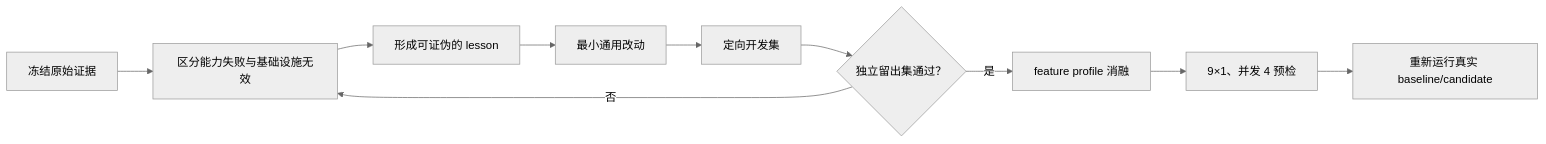
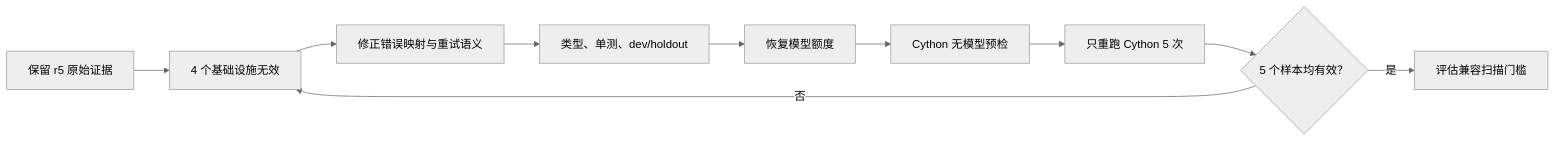
The diagram in benchmark/benchmark_2_terminal_bench_2_1/POSTMORTEM_2026-07-24.md (ReadNULL/Bumblebee), drawn with Mermaid (neutral theme) before and after one commit. The commit also changed other lines of this file and 8 other files, not shown here.

````diff
--- a/benchmark/benchmark_2_terminal_bench_2_1/POSTMORTEM_2026-07-24.md
+++ b/benchmark/benchmark_2_terminal_bench_2_1/POSTMORTEM_2026-07-24.md
@@ -274,12 +291,12 @@
 ```mermaid
 flowchart LR
-  Evidence["冻结原始证据"] --> Classify["区分能力失败与基础设施无效"]
-  Classify --> Lesson["形成可证伪的 lesson"]
-  Lesson --> Change["最小通用改动"]
-  Change --> Dev["定向开发集"]
-  Dev --> Holdout{"独立留出集通过？"}
-  Holdout -- 否 --> Classify
-  Holdout -- 是 --> Ablation["feature profile 消融"]
-  Ablation --> Preflight["9×1、并发 4 预检"]
-  Preflight --> RealRun["重新运行真实 baseline/candidate"]
+  Evidence["保留 r5 原始证据"] --> Classify["4 个基础设施无效"]
+  Classify --> Fix["修正错误映射与重试语义"]
+  Fix --> Regression["类型、单测、dev/holdout"]
+  Regression --> Balance["恢复模型额度"]
+  Balance --> Preflight["Cython 无模型预检"]
+  Preflight --> Rerun["只重跑 Cython 5 次"]
+  Rerun --> Decision{"5 个样本均有效？"}
+  Decision -- 否 --> Classify
+  Decision -- 是 --> Assess["评估兼容扫描门槛"]
 ```
````
